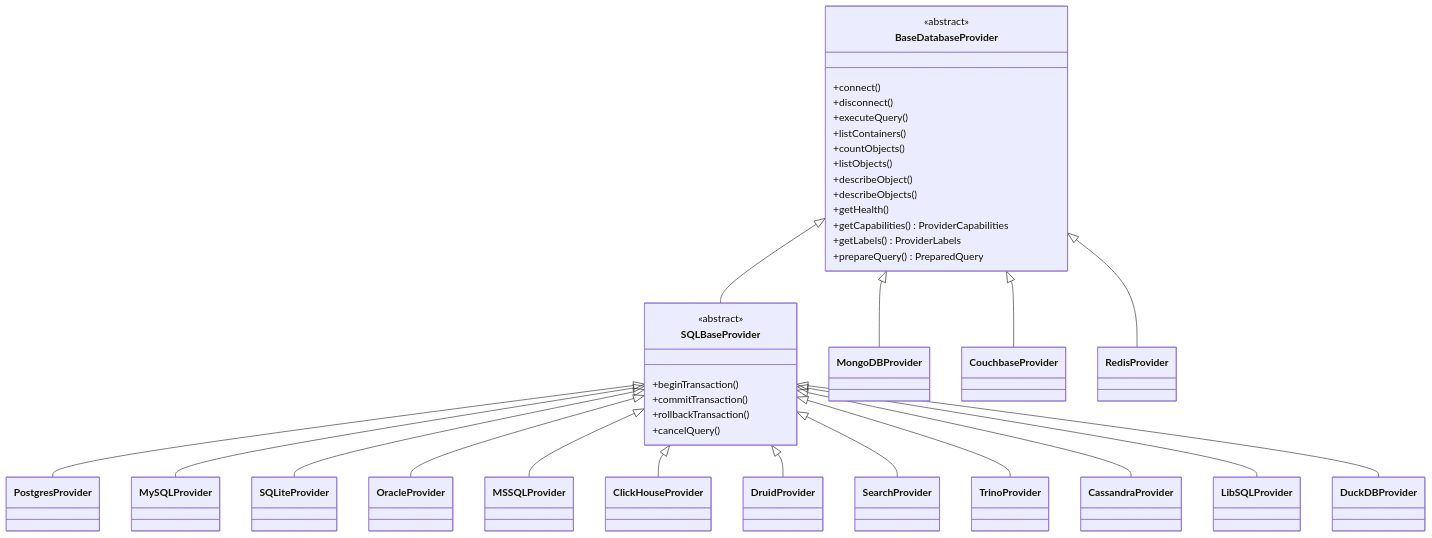
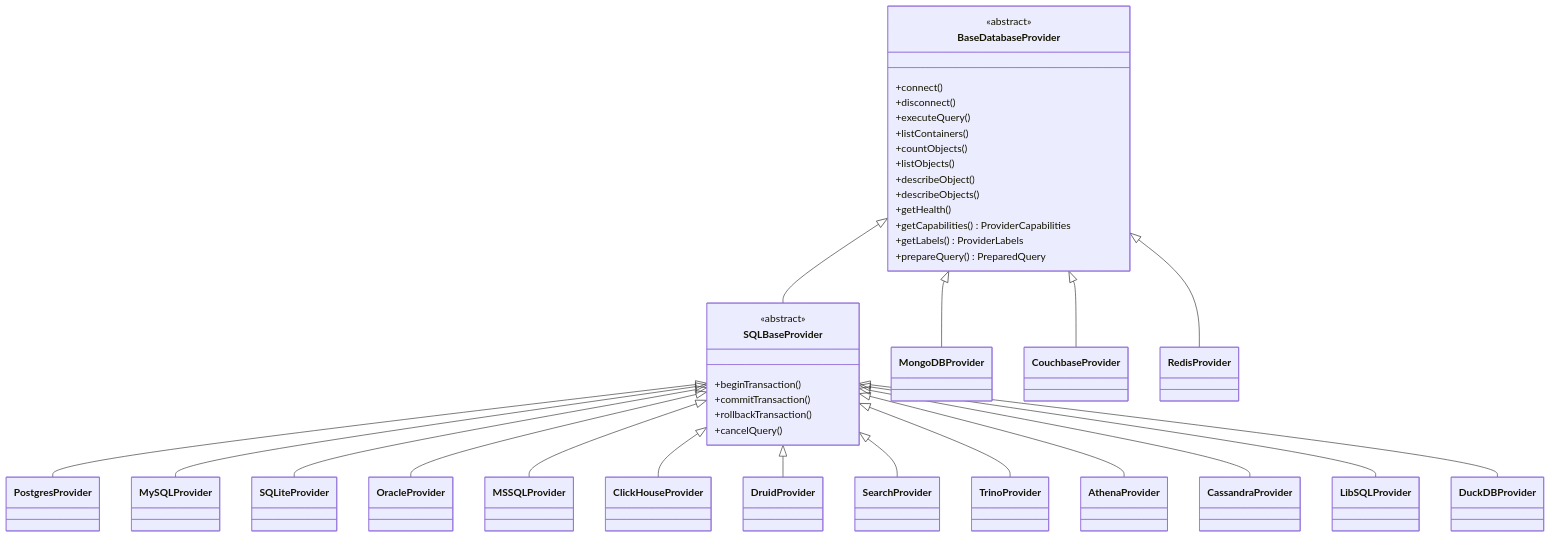
One commit to klinux/dbportal changed the second of 4 diagrams in docs/ARCHITECTURE.md. Above: the diagram before and after it, drawn with Mermaid. The commit also changed other lines of this file and 61 other files, not shown here.

````diff
--- a/docs/ARCHITECTURE.md
+++ b/docs/ARCHITECTURE.md
@@ -77,44 +78,45 @@
 ```mermaid
 classDiagram
     class BaseDatabaseProvider {
         <<abstract>>
         +connect()
         +disconnect()
         +executeQuery()
         +listContainers()
         +countObjects()
         +listObjects()
         +describeObject()
         +describeObjects()
         +getHealth()
         +getCapabilities() ProviderCapabilities
         +getLabels() ProviderLabels
         +prepareQuery() PreparedQuery
     }
 
     class SQLBaseProvider {
         <<abstract>>
         +beginTransaction()
         +commitTransaction()
         +rollbackTransaction()
         +cancelQuery()
     }
 
     BaseDatabaseProvider <|-- SQLBaseProvider
     BaseDatabaseProvider <|-- MongoDBProvider
     BaseDatabaseProvider <|-- CouchbaseProvider
     BaseDatabaseProvider <|-- RedisProvider
 
     SQLBaseProvider <|-- PostgresProvider
     SQLBaseProvider <|-- MySQLProvider
     SQLBaseProvider <|-- SQLiteProvider
     SQLBaseProvider <|-- OracleProvider
     SQLBaseProvider <|-- MSSQLProvider
     SQLBaseProvider <|-- ClickHouseProvider
     SQLBaseProvider <|-- DruidProvider
     SQLBaseProvider <|-- SearchProvider
     SQLBaseProvider <|-- TrinoProvider
+    SQLBaseProvider <|-- AthenaProvider
     SQLBaseProvider <|-- CassandraProvider
     SQLBaseProvider <|-- LibSQLProvider
     SQLBaseProvider <|-- DuckDBProvider
 ```
````
